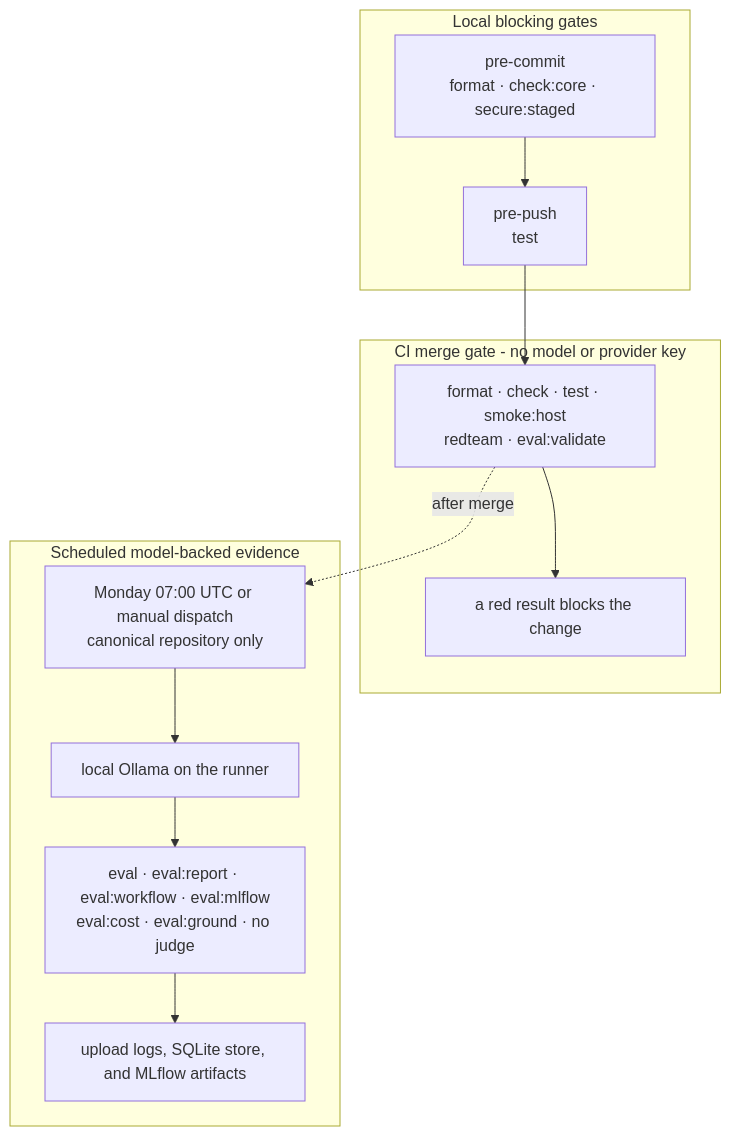
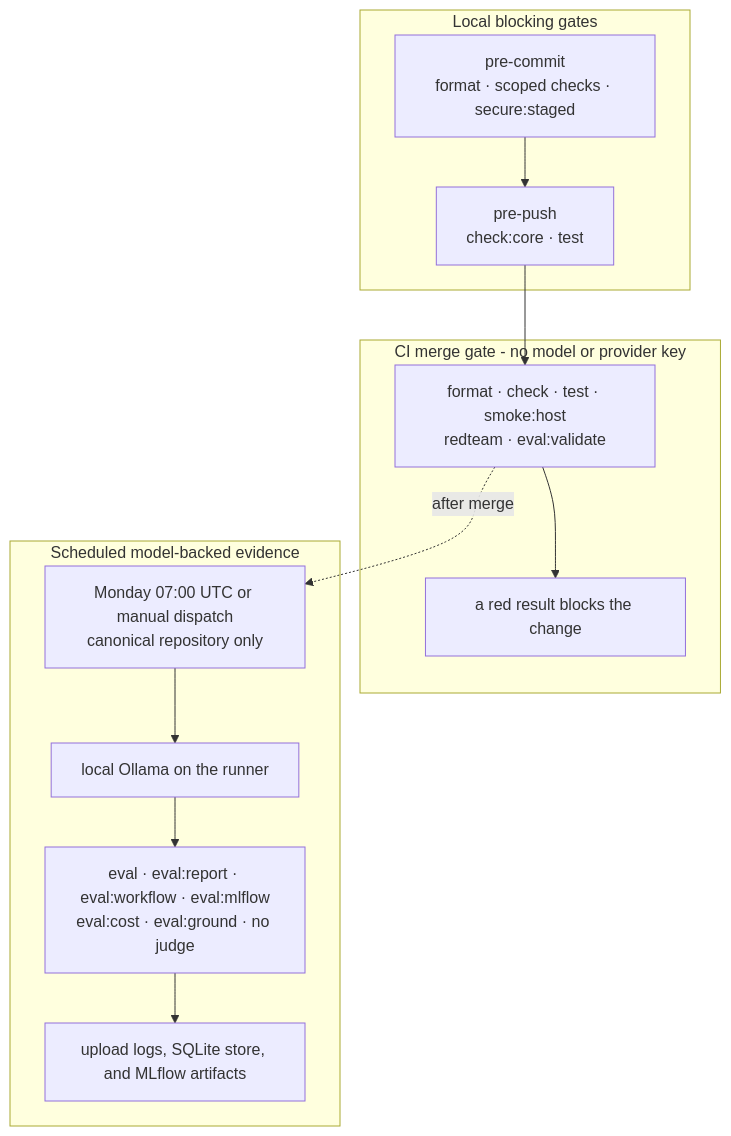
The first of 4 diagrams in docs/4. Quality/4.4. Evaluations.md (LuiGGi629/agentops-open-course), drawn with Mermaid before and after one commit. The commit also changed other lines of this file and 10 other files, not shown here.

````diff
--- a/docs/4. Quality/4.4. Evaluations.md
+++ b/docs/4. Quality/4.4. Evaluations.md
@@ -57,22 +57,22 @@
 ```mermaid
 flowchart TD
     subgraph local["Local blocking gates"]
-        PC["pre-commit<br/>format · check:core · secure:staged"]
-        PP["pre-push<br/>test"]
+        PC["pre-commit<br/>format · scoped checks · secure:staged"]
+        PP["pre-push<br/>check:core · test"]
         PC --> PP
     end
     subgraph ci["CI merge gate - no model or provider key"]
         CI["format · check · test · smoke:host<br/>redteam · eval:validate"]
         Block["a red result blocks the change"]
         CI --> Block
     end
     subgraph evidence["Scheduled model-backed evidence"]
         Schedule["Monday 07:00 UTC or manual dispatch<br/>canonical repository only"]
         Ollama["local Ollama on the runner"]
         Runs["eval · eval:report · eval:workflow · eval:mlflow<br/>eval:cost · eval:ground · no judge"]
         Artifacts["upload logs, SQLite store, and MLflow artifacts"]
         Schedule --> Ollama --> Runs --> Artifacts
     end
     PP --> CI
     CI -. after merge .-> Schedule
 ```
````
